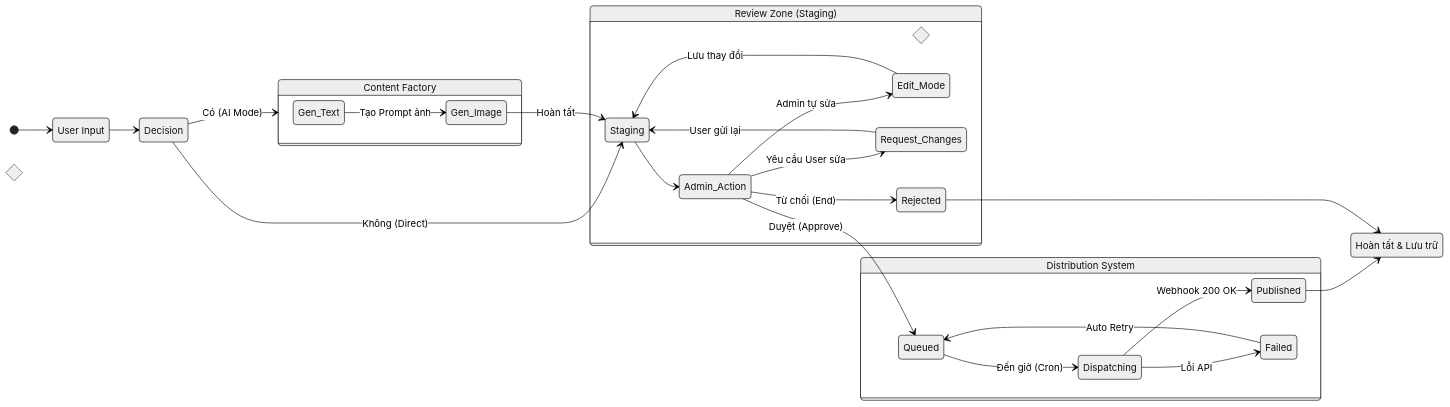
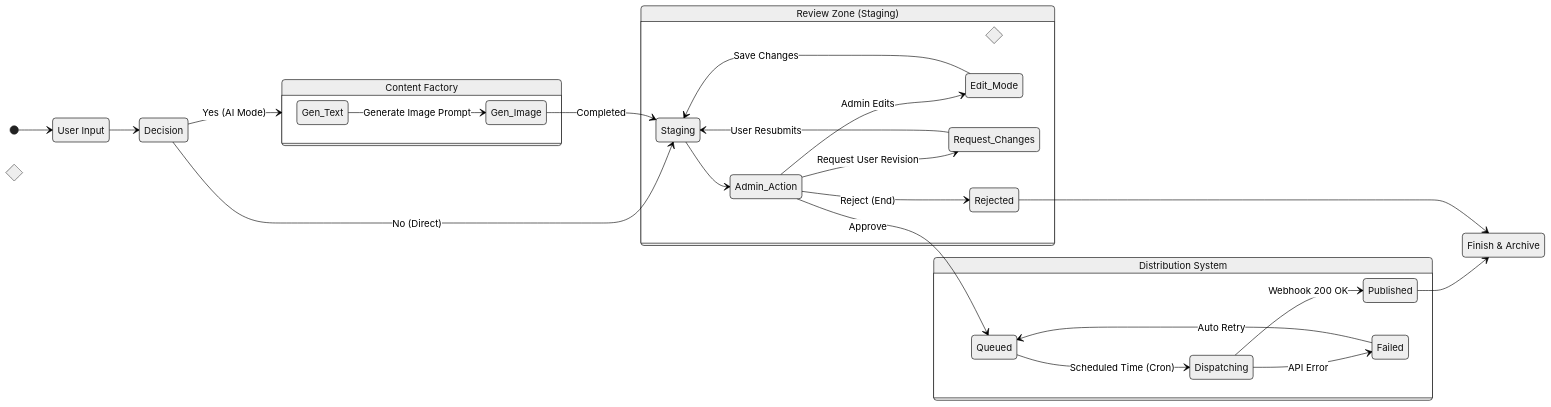
The second of 2 diagrams in SCALABLE_SYSTEM_PLAN.md (tunv22012k/post-fb), drawn with Mermaid (neutral theme) before and after one commit. The commit also changed other lines of this file, not shown here.

````diff
--- a/SCALABLE_SYSTEM_PLAN.md
+++ b/SCALABLE_SYSTEM_PLAN.md
@@ -231,49 +255,49 @@
 ```mermaid
 stateDiagram-v2
     direction LR
     
-    %% Khởi tạo
+    %% Initialization
     state "User Input" as Input
     [*] --> Input
     
-    %% Nút quyết định rẽ nhánh
-    state "Có dùng AI không?" as Decision <<choice>>
+    %% Decision Point
+    state "Use AI?" as Decision <<choice>>
     Input --> Decision
     
-    %% Nhánh xử lý
-    Decision --> Staging: Không (Direct)
-    Decision --> AI_Factory: Có (AI Mode)
+    %% Processing Branches
+    Decision --> Staging: No (Direct)
+    Decision --> AI_Factory: Yes (AI Mode)
     
     state "Content Factory" as AI_Factory {
-        Gen_Text --> Gen_Image: Tạo Prompt ảnh
-        Gen_Image --> Staging: Hoàn tất
+        Gen_Text --> Gen_Image: Generate Image Prompt
+        Gen_Image --> Staging: Completed
     }
 
-    %% Vòng lặp duyệt bài
+    %% Review Loop
     state "Review Zone (Staging)" as Review {
         Staging --> Admin_Action
         
         state "Admin Decision" as Admin_Action <<choice>>
-        Admin_Action --> Edit_Mode: Admin tự sửa
-        Edit_Mode --> Staging: Lưu thay đổi
+        Admin_Action --> Edit_Mode: Admin Edits
+        Edit_Mode --> Staging: Save Changes
 
-        Admin_Action --> Request_Changes: Yêu cầu User sửa
-        Request_Changes --> Staging: User gửi lại
+        Admin_Action --> Request_Changes: Request User Revision
+        Request_Changes --> Staging: User Resubmits
         
-        Admin_Action --> Rejected: Từ chối (End)
-        Admin_Action --> Queued: Duyệt (Approve)
+        Admin_Action --> Rejected: Reject (End)
+        Admin_Action --> Queued: Approve
     }
 
-    %% Khu vực phân phối
+    %% Distribution Zone
     state "Distribution System" as Dist {
-        Queued --> Dispatching: Đến giờ (Cron)
+        Queued --> Dispatching: Scheduled Time (Cron)
         Dispatching --> Published: Webhook 200 OK
-        Dispatching --> Failed: Lỗi API
+        Dispatching --> Failed: API Error
         Failed --> Queued: Auto Retry
     }
 
-    %% Trạng thái kết thúc
-    state "Hoàn tất & Lưu trữ" as Finish
+    %% Final State
+    state "Finish & Archive" as Finish
     Published --> Finish
     Rejected --> Finish
 ```
````
